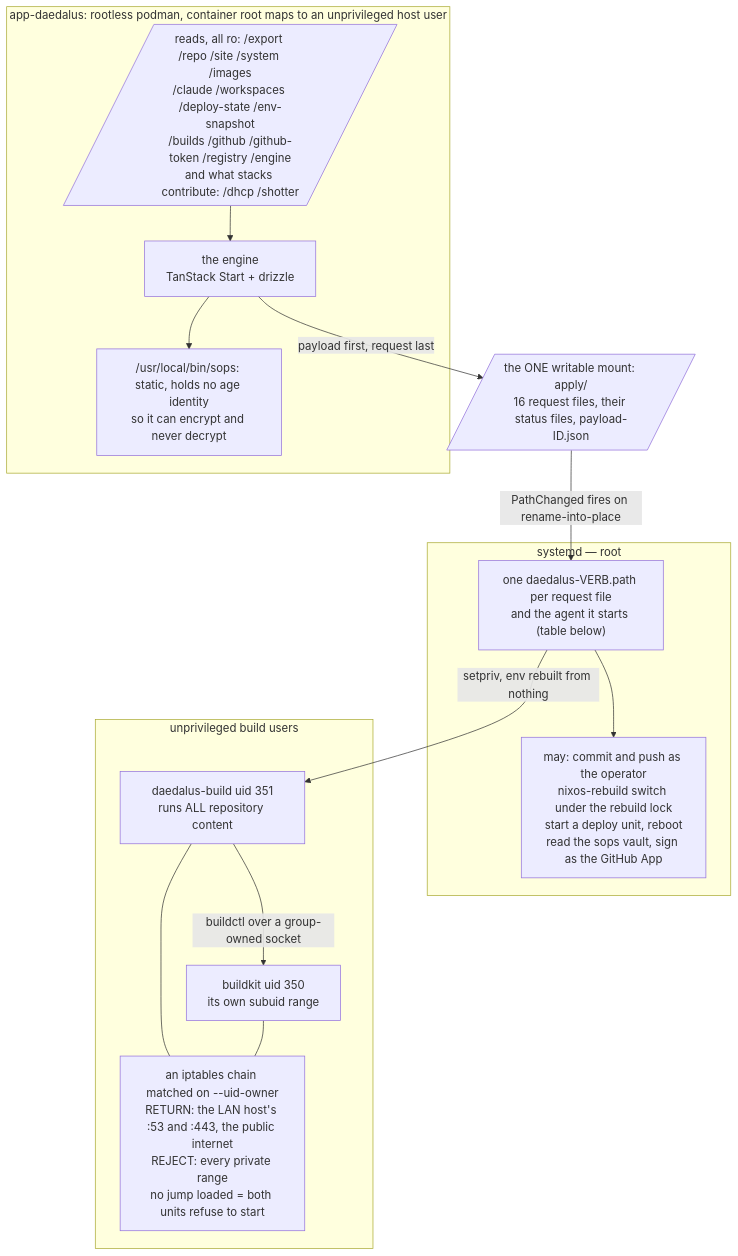
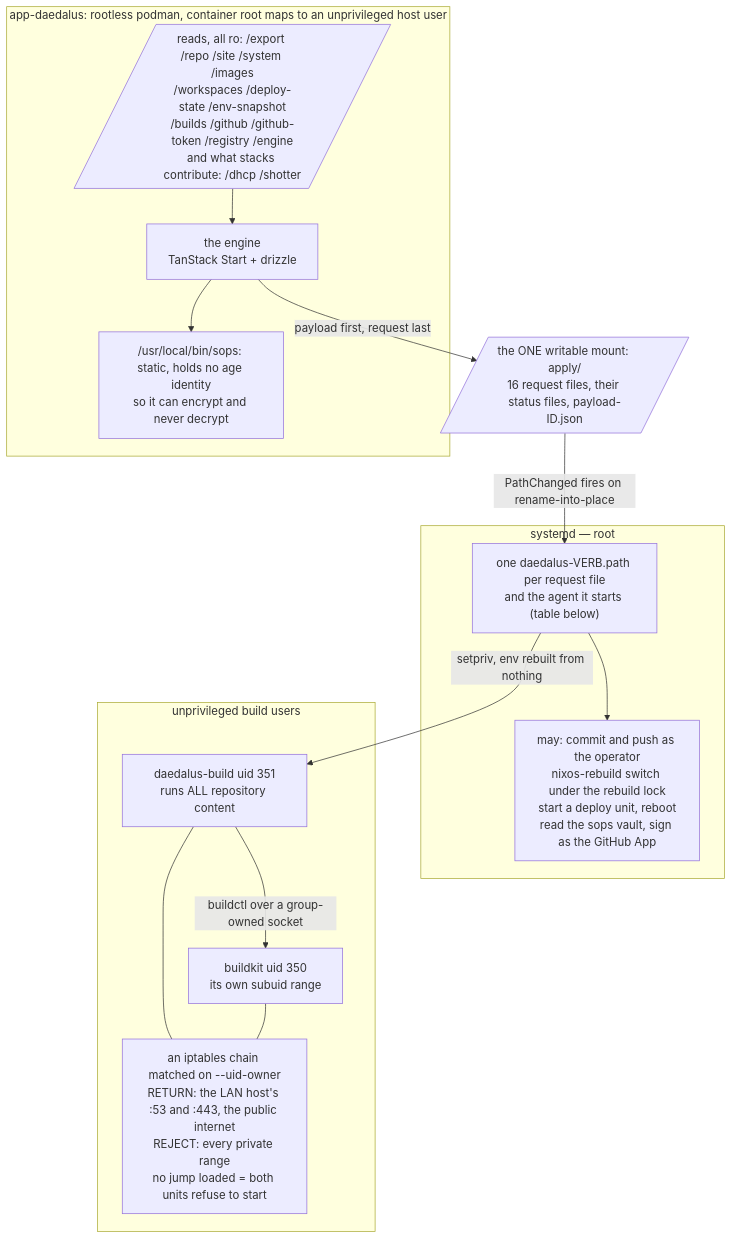
Before and after one commit to santiagotoscanini/daedalus: the second of 5 diagrams in ARCHITECTURE.md, drawn with Mermaid. The commit also changed other lines of this file and 16 other files, not shown here.

````diff
--- a/ARCHITECTURE.md
+++ b/ARCHITECTURE.md
@@ -85,30 +85,30 @@
 ```mermaid
 flowchart TB
   subgraph unpriv["app-daedalus: rootless podman, container root maps to an unprivileged host user"]
     Engine["the engine<br/>TanStack Start + drizzle"]
-    Rd[/"reads, all ro: /export /repo /site /system /images<br/>/claude /workspaces /deploy-state /env-snapshot<br/>/builds /github /github-token /registry /engine<br/>and what stacks contribute: /dhcp /shotter"/]
+    Rd[/"reads, all ro: /export /repo /site /system /images<br/>/workspaces /deploy-state /env-snapshot<br/>/builds /github /github-token /registry /engine<br/>and what stacks contribute: /dhcp /shotter"/]
     Sops["/usr/local/bin/sops: static, holds no age identity<br/>so it can encrypt and never decrypt"]
   end
 
   Wr[/"the ONE writable mount: apply/<br/>16 request files, their status files, payload-ID.json"/]
 
   subgraph priv["systemd — root"]
     P["one daedalus-VERB.path per request file<br/>and the agent it starts (table below)"]
     Caps["may: commit and push as the operator<br/>nixos-rebuild switch under the rebuild lock<br/>start a deploy unit, reboot<br/>read the sops vault, sign as the GitHub App"]
   end
 
   subgraph fenced["unprivileged build users"]
     BU["daedalus-build uid 351<br/>runs ALL repository content"]
     BKU["buildkit uid 350<br/>its own subuid range"]
     Fence["an iptables chain matched on --uid-owner<br/>RETURN: the LAN host's :53 and :443, the public internet<br/>REJECT: every private range<br/>no jump loaded = both units refuse to start"]
   end
 
   Rd --> Engine
   Engine --> Sops
   Engine -- "payload first, request last" --> Wr
   Wr -- "PathChanged fires on rename-into-place" --> P --> Caps
   P -- "setpriv, env rebuilt from nothing" --> BU
   BU -- "buildctl over a group-owned socket" --> BKU
   BU --- Fence
   BKU --- Fence
 ```
````
